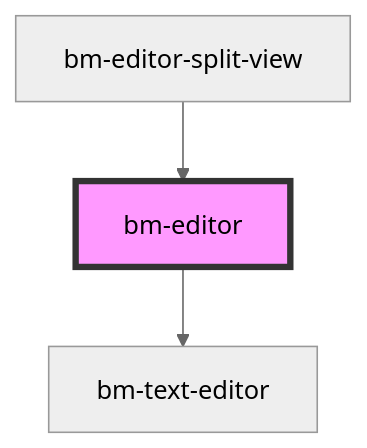
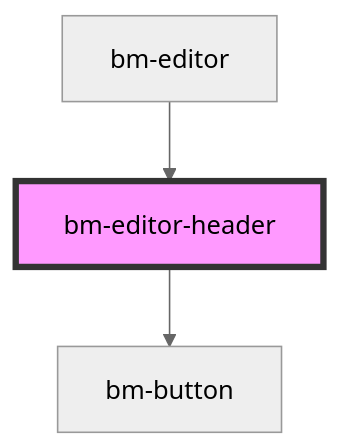
One commit to bettermusic/studio changed the diagram in packages/studio/src/components/editor/editor-header/readme.md. Above: the diagram before and after it, drawn with Mermaid (neutral theme). The commit also changed other lines of this file and 46 other files, not shown here.

````diff
--- a/packages/studio/src/components/editor/editor-header/readme.md
+++ b/packages/studio/src/components/editor/editor-header/readme.md
@@ -26,6 +19,6 @@
 ```mermaid
 graph TD;
-  bm-editor --> bm-text-editor
-  bm-editor-split-view --> bm-editor
-  style bm-editor fill:#f9f,stroke:#333,stroke-width:4px
+  bm-editor-header --> bm-button
+  bm-editor --> bm-editor-header
+  style bm-editor-header fill:#f9f,stroke:#333,stroke-width:4px
 ```
````
